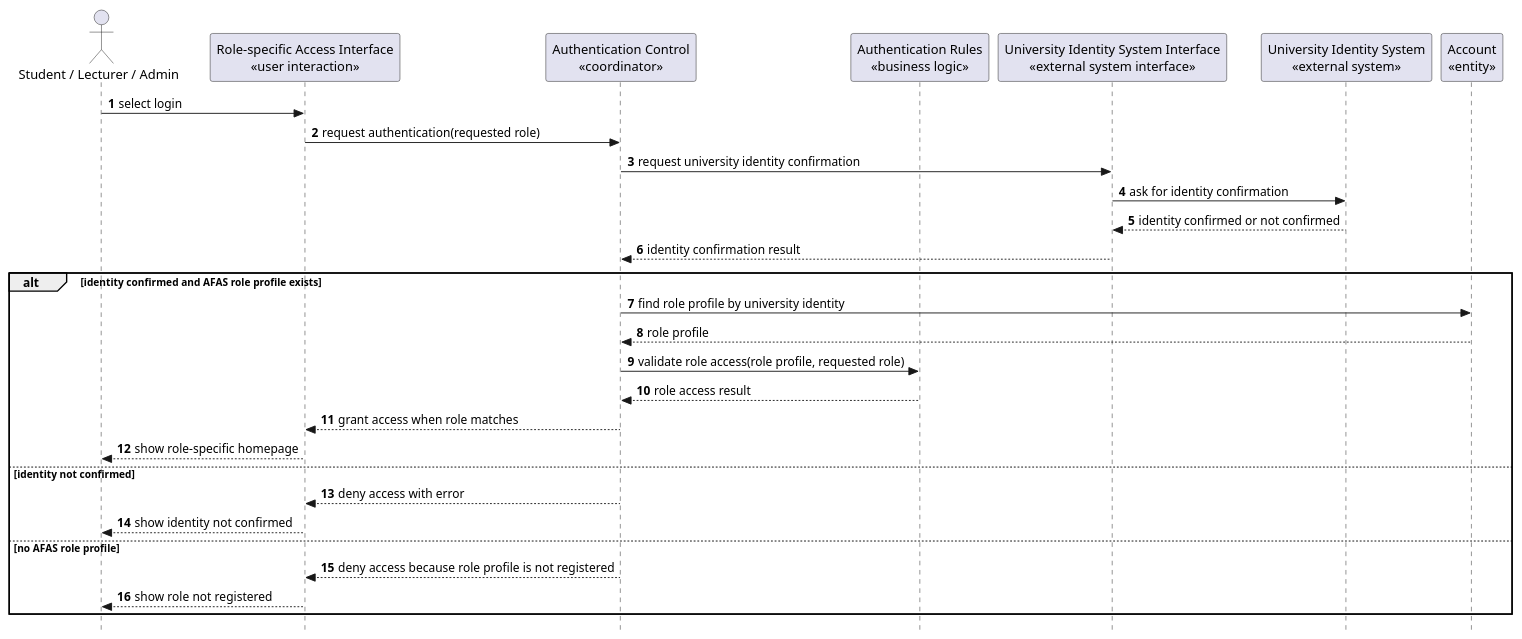
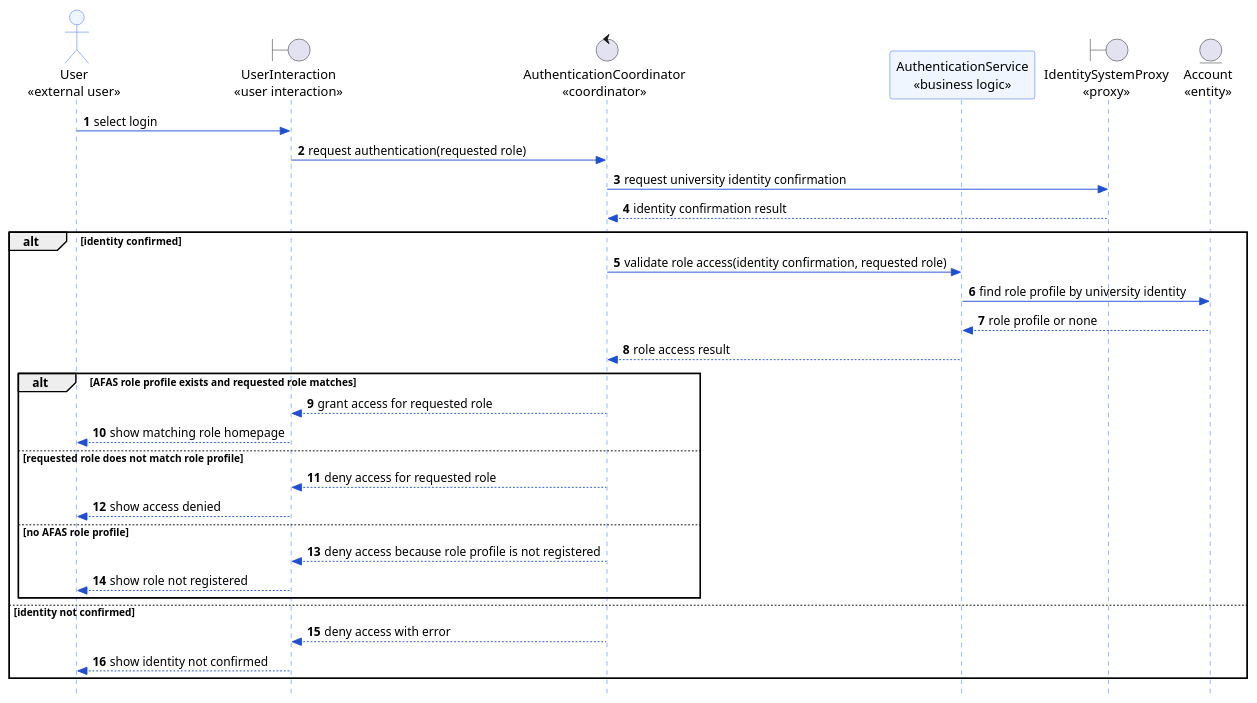
The seventh of 29 diagrams in docs/sds/2_Analysis.md (nttung42/SWD392), drawn with PlantUML before and after one commit. The commit also changed other lines of this file and 5 other files, not shown here.

````diff
--- a/docs/sds/2_Analysis.md
+++ b/docs/sds/2_Analysis.md
@@ -359,36 +346,47 @@
 ```plantuml
 @startuml
 skinparam style strictuml
+skinparam sequence {
+  LifeLineBorderColor #2563EB
+  LifeLineBackgroundColor #DBEAFE
+  ParticipantBorderColor #2563EB
+  ParticipantBackgroundColor #EFF6FF
+  ActorBorderColor #2563EB
+  ActorBackgroundColor #EFF6FF
+  ArrowColor #1D4ED8
+}
 autonumber
-actor "Student / Lecturer / Admin" as User
-participant "Role-specific Access Interface\n«user interaction»" as AccessUI
-participant "Authentication Control\n«coordinator»" as AuthControl
-participant "Authentication Rules\n«business logic»" as AuthRules
-participant "University Identity System Interface\n«external system interface»" as UISInterface
-participant "University Identity System\n«external system»" as UIS
-participant "Account\n«entity»" as Account
+actor "User\n«external user»" as User
+boundary "UserInteraction\n«user interaction»" as AccessUI
+control "AuthenticationCoordinator\n«coordinator»" as AuthControl
+participant "AuthenticationService\n«business logic»" as AuthRules
+boundary "IdentitySystemProxy\n«proxy»" as UISInterface
+entity "Account\n«entity»" as Account
 
 User -> AccessUI : select login
 AccessUI -> AuthControl : request authentication(requested role)
 
 AuthControl -> UISInterface : request university identity confirmation
-UISInterface -> UIS : ask for identity confirmation
-UIS --> UISInterface : identity confirmed or not confirmed
 UISInterface --> AuthControl : identity confirmation result
 
-alt identity confirmed and AFAS role profile exists
-  AuthControl -> Account : find role profile by university identity
-  Account --> AuthControl : role profile
-  AuthControl -> AuthRules : validate role access(role profile, requested role)
+alt identity confirmed
+  AuthControl -> AuthRules : validate role access(identity confirmation, requested role)
+  AuthRules -> Account : find role profile by university identity
+  Account --> AuthRules : role profile or none
   AuthRules --> AuthControl : role access result
-  AuthControl --> AccessUI : grant access when role matches
-  AccessUI --> User : show role-specific homepage
+  alt AFAS role profile exists and requested role matches
+    AuthControl --> AccessUI : grant access for requested role
+    AccessUI --> User : show matching role homepage
+  else requested role does not match role profile
+    AuthControl --> AccessUI : deny access for requested role
+    AccessUI --> User : show access denied
+  else no AFAS role profile
+    AuthControl --> AccessUI : deny access because role profile is not registered
+    AccessUI --> User : show role not registered
+  end
 else identity not confirmed
   AuthControl --> AccessUI : deny access with error
   AccessUI --> User : show identity not confirmed
-else no AFAS role profile
-  AuthControl --> AccessUI : deny access because role profile is not registered
-  AccessUI --> User : show role not registered
 end
 @enduml
 ```
````
